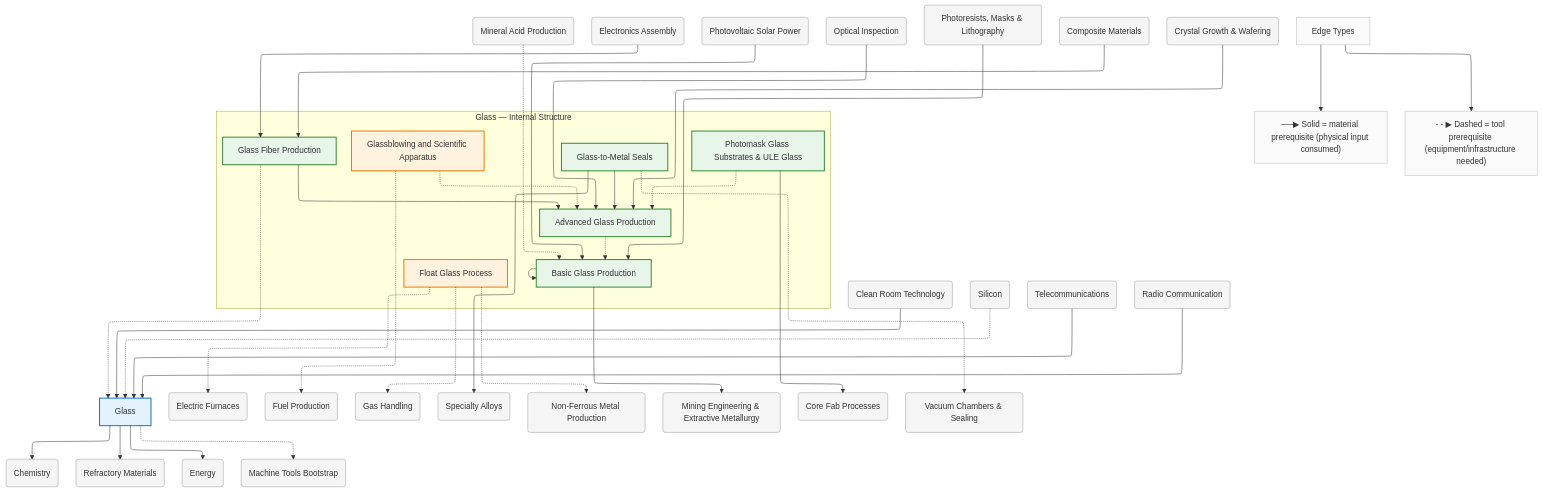
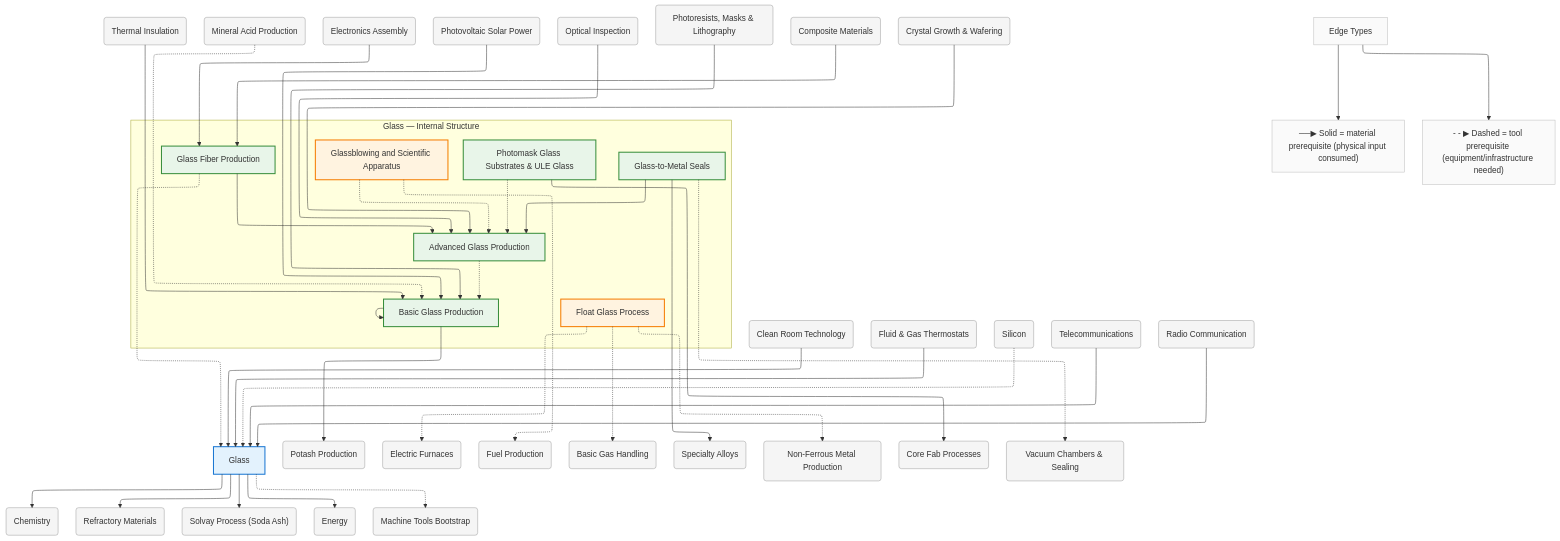
One commit to egofree/TechTree changed the diagram in diagrams/mermaid/glass.mmd. Above: the diagram before and after it, drawn with Mermaid. The commit also changed 77 other files, not shown here.

First line of the commit message:
chore: regenerate all diagrams after entity additions

```diff
--- a/diagrams/mermaid/glass.mmd
+++ b/diagrams/mermaid/glass.mmd
@@ -1,122 +1,131 @@
 %%{init: {"flowchart": {"defaultRenderer": "elk", "htmlLabels": true}}}%%
 graph TD
     %% Domain: Glass
 
     %% ==================== INTERNAL NODES ====================
     subgraph glass_internal ["Glass — Internal Structure"]
         direction TB
         glass_advanced_glassblowing["Glassblowing and Scientific Apparatus"]
         glass_advanced["Advanced Glass Production"]
         glass_basic["Basic Glass Production"]
         glass_fibers["Glass Fiber Production"]
         glass_basic_float-glass["Float Glass Process"]
         glass_glass-to-metal-seals["Glass-to-Metal Seals"]
         glass_photomask-substrates["Photomask Glass Substrates & ULE Glass"]
     end
 
     %% ==================== DOMAIN NODE ====================
     glass["Glass"]
 
     %% ==================== EXTERNAL DEPENDENCIES ====================
+    ceramics_thermal-insulation("Thermal Insulation")
     chemistry("Chemistry")
     chemistry_acids("Mineral Acid Production")
+    chemistry_potash("Potash Production")
     chemistry_refractories("Refractory Materials")
+    chemistry_solvay("Solvay Process (Soda Ash)")
     cleanrooms("Clean Room Technology")
     electronics_assembly("Electronics Assembly")
     energy("Energy")
     energy_electric-furnaces("Electric Furnaces")
     energy_fuels("Fuel Production")
     energy_photovoltaics("Photovoltaic Solar Power")
-    gas-handling("Gas Handling")
+    gas-handling_basic("Basic Gas Handling")
     machine-tools("Machine Tools Bootstrap")
+    measurement_thermostat-fluid("Fluid & Gas Thermostats")
     metals_alloys("Specialty Alloys")
     metals_non-ferrous("Non-Ferrous Metal Production")
-    mining("Mining Engineering & Extractive Metallurgy")
     optics_inspection("Optical Inspection")
     photolithography_fab-processes("Core Fab Processes")
     photolithography_resists-masks("Photoresists, Masks & Lithography")
     polymers_composites("Composite Materials")
     silicon("Silicon")
     silicon_crystal-growth("Crystal Growth & Wafering")
     telecom("Telecommunications")
     telecom_radio("Radio Communication")
     vacuum_chambers("Vacuum Chambers & Sealing")
 
     %% ==================== EDGES ====================
     glass_advanced_glassblowing -.-> glass_advanced
     glass_advanced -.-> glass_basic
     glass_basic --> glass_basic
     glass_fibers --> glass_advanced
     glass_fibers -.-> glass
     glass_photomask-substrates -.-> glass_advanced
     glass_glass-to-metal-seals --> glass_advanced
+    ceramics_thermal-insulation --> glass_basic
     chemistry_acids -.-> glass_basic
     cleanrooms --> glass
     electronics_assembly --> glass_fibers
     energy_photovoltaics --> glass_basic
     glass_advanced_glassblowing -.-> energy_fuels
     glass_basic_float-glass -.-> energy_electric-furnaces
-    glass_basic_float-glass -.-> gas-handling
+    glass_basic_float-glass -.-> gas-handling_basic
     glass_basic_float-glass -.-> metals_non-ferrous
-    glass_basic --> mining
+    glass_basic --> chemistry_potash
     glass_photomask-substrates --> photolithography_fab-processes
     glass_glass-to-metal-seals --> metals_alloys
     glass_glass-to-metal-seals -.-> vacuum_chambers
     glass --> chemistry_refractories
+    glass --> chemistry_solvay
     glass --> chemistry
     glass --> energy
     glass -.-> machine-tools
+    measurement_thermostat-fluid --> glass
     optics_inspection --> glass_advanced
     photolithography_resists-masks --> glass_basic
     polymers_composites --> glass_fibers
     silicon_crystal-growth --> glass_advanced
     silicon -.-> glass
     telecom_radio --> glass
     telecom --> glass
 
     %% ==================== EDGE TYPE LEGEND ====================
     EdgeLegend["Edge Types"]
     EdgeLegend --> MatNote["──▶ Solid = material prerequisite (physical input consumed)"]
     EdgeLegend --> ToolNote["- - ▶ Dashed = tool prerequisite (equipment/infrastructure needed)"]
 
     %% ==================== STYLING ====================
     classDef domain fill:#e3f2fd,stroke:#1976d2,stroke-width:2px
     classDef capability fill:#e8f5e9,stroke:#388e3c,stroke-width:2px
     classDef process fill:#fff3e0,stroke:#f57c00,stroke-width:2px
     classDef critical fill:#fff3e0,stroke:#f57c00,stroke-width:3px
     classDef earlyWin fill:#e8f5e9,stroke:#388e3c,stroke-width:3px
     classDef pinnacle fill:#fce4ec,stroke:#c62828,stroke-width:3px
     classDef external fill:#f5f5f5,stroke:#9e9e9e,stroke-width:1px
     classDef legend fill:#fafafa,stroke:#bdbdbd,stroke-width:1px
     class glass domain
     class glass_advanced_glassblowing process
     class glass_advanced capability
     class glass_basic capability
     class glass_fibers capability
     class glass_basic_float-glass process
     class glass_glass-to-metal-seals capability
     class glass_photomask-substrates capability
+    class ceramics_thermal-insulation external
     class chemistry external
     class chemistry_acids external
+    class chemistry_potash external
     class chemistry_refractories external
+    class chemistry_solvay external
     class cleanrooms external
     class electronics_assembly external
     class energy external
     class energy_electric-furnaces external
     class energy_fuels external
     class energy_photovoltaics external
-    class gas-handling external
+    class gas-handling_basic external
     class machine-tools external
+    class measurement_thermostat-fluid external
     class metals_alloys external
     class metals_non-ferrous external
-    class mining external
     class optics_inspection external
     class photolithography_fab-processes external
     class photolithography_resists-masks external
     class polymers_composites external
     class silicon external
     class silicon_crystal-growth external
     class telecom external
     class telecom_radio external
     class vacuum_chambers external
     class EdgeLegend,MatNote,ToolNote legend
```
